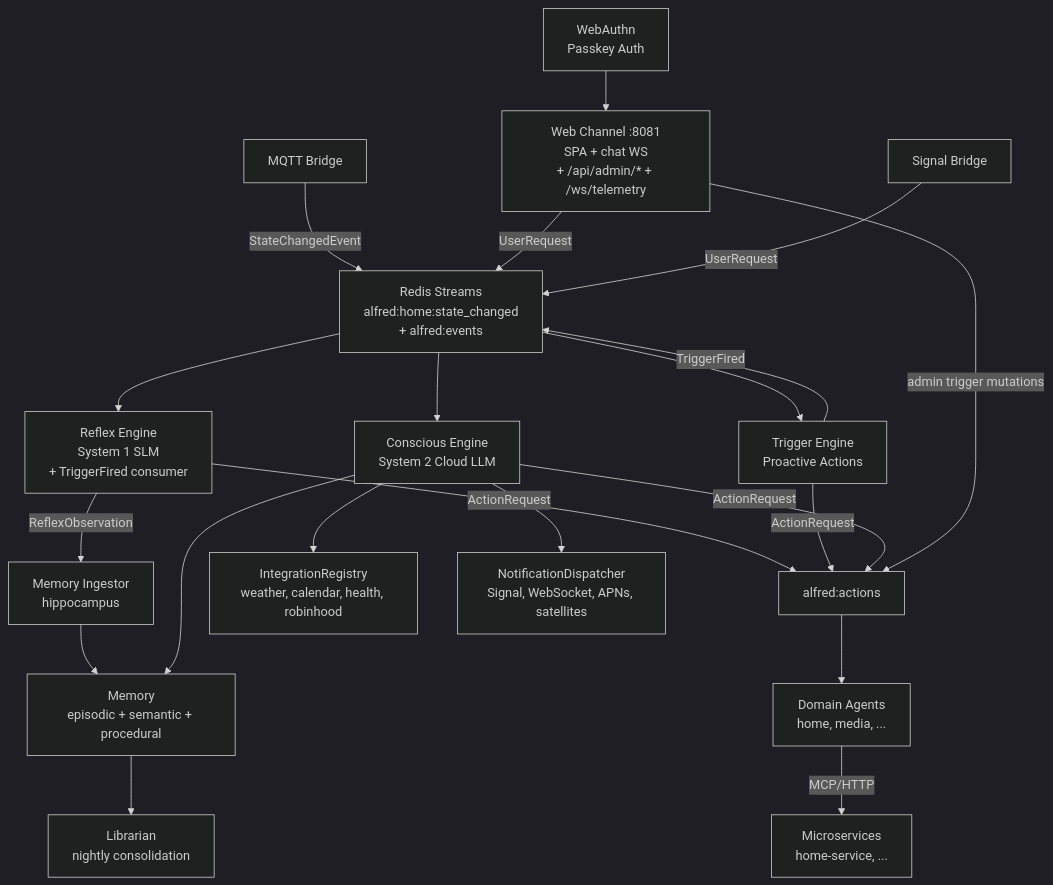
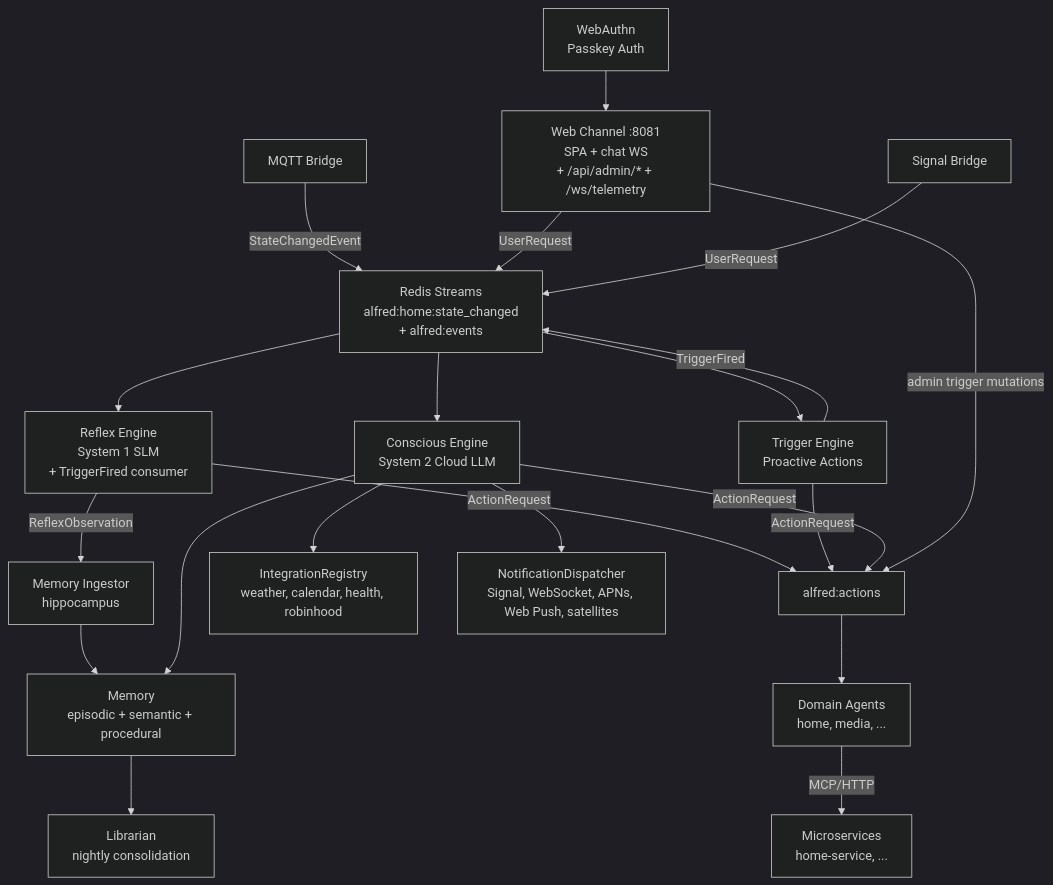
Before and after one commit to anirudhlath/alfred: the diagram in CLAUDE.md, drawn with Mermaid (dark theme). The commit also changed other lines of this file and 77 other files, not shown here.

````diff
--- a/CLAUDE.md
+++ b/CLAUDE.md
@@ -208,23 +210,23 @@
 ```mermaid
 graph TD
     MQTT[MQTT Bridge] -->|StateChangedEvent| Bus[Redis Streams<br/>alfred:home:state_changed<br/>+ alfred:events]
     Bus --> Reflex[Reflex Engine<br/>System 1 SLM<br/>+ TriggerFired consumer]
     Bus --> Triggers[Trigger Engine<br/>Proactive Actions]
     Bus --> Conscious[Conscious Engine<br/>System 2 Cloud LLM]
     Reflex -->|ReflexObservation| Ingestor[Memory Ingestor<br/>hippocampus]
     Ingestor --> Memory
     Reflex -->|ActionRequest| Actions[alfred:actions]
     Triggers -->|ActionRequest| Actions
     Triggers -->|TriggerFired| Bus
     Conscious -->|ActionRequest| Actions
     Actions --> Agents[Domain Agents<br/>home, media, ...]
     Agents -->|MCP/HTTP| Services[Microservices<br/>home-service, ...]
     Conscious --> Memory[Memory<br/>episodic + semantic + procedural]
     Conscious --> Integrations[IntegrationRegistry<br/>weather, calendar, health, robinhood]
-    Conscious --> Notify[NotificationDispatcher<br/>Signal, WebSocket, APNs, satellites]
+    Conscious --> Notify[NotificationDispatcher<br/>Signal, WebSocket, APNs, Web Push, satellites]
     Memory --> Librarian[Librarian<br/>nightly consolidation]
     WebAuthn[WebAuthn<br/>Passkey Auth] --> WebChannel
     WebChannel[Web Channel :8081<br/>SPA + chat WS<br/>+ /api/admin/* + /ws/telemetry] -->|UserRequest| Bus
     WebChannel -->|admin trigger mutations| Actions
     Signal[Signal Bridge] -->|UserRequest| Bus
 ```
````
